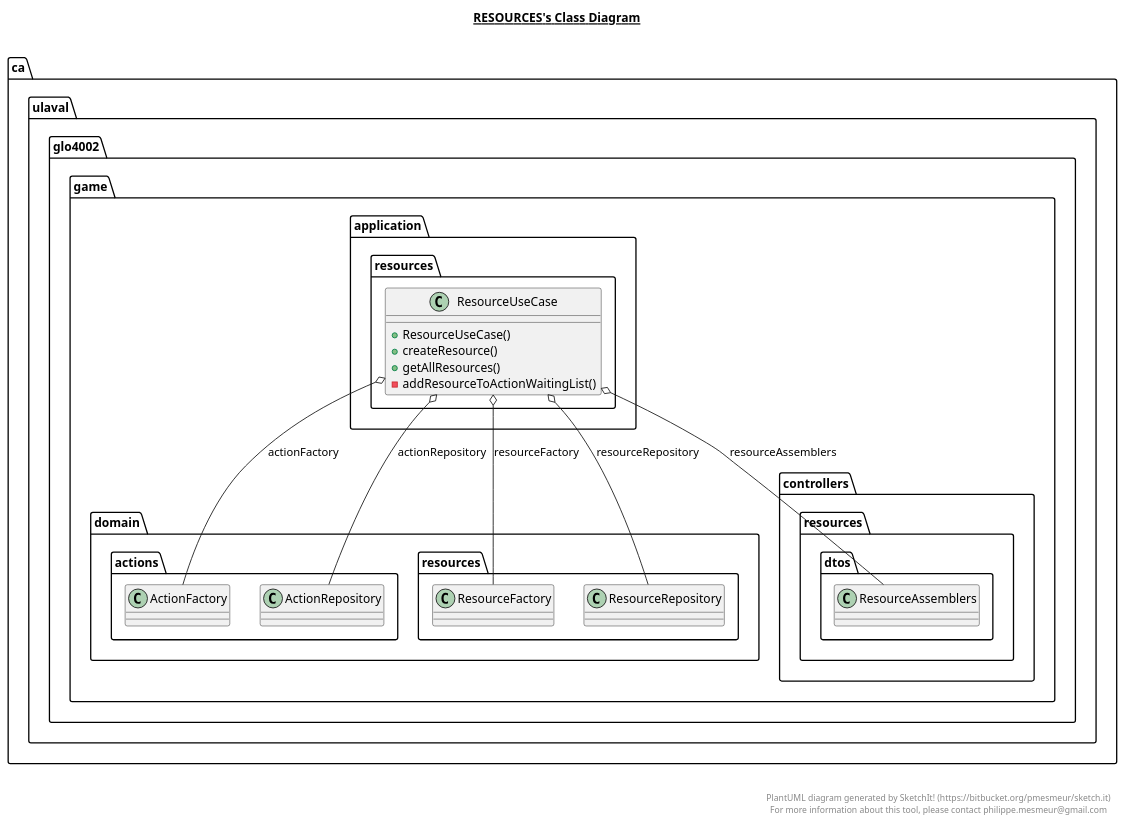
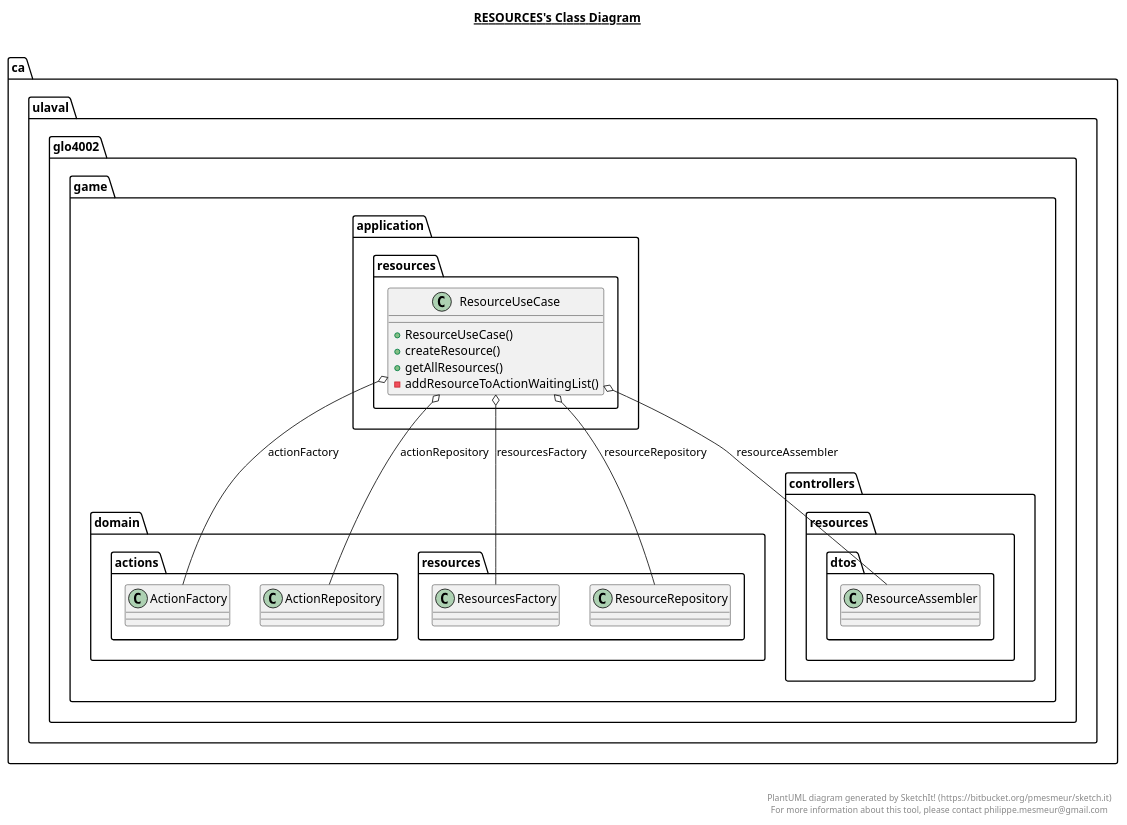
One commit to MALEC321/MEP7 changed the diagram in game-api/src/main/java/ca/ulaval/glo4002/game/application/resources/resources.plantuml. Above: the diagram before and after it, drawn with PlantUML. The commit also changed 12 other files, not shown here.

```diff
--- a/game-api/src/main/java/ca/ulaval/glo4002/game/application/resources/resources.plantuml
+++ b/game-api/src/main/java/ca/ulaval/glo4002/game/application/resources/resources.plantuml
@@ -1,31 +1,31 @@
 @startuml
 
 title __RESOURCES's Class Diagram__\n
 
     namespace ca.ulaval.glo4002.game {
       namespace application.resources {
         class ca.ulaval.glo4002.game.application.resources.ResourceUseCase {
             + ResourceUseCase()
             + createResource()
             + getAllResources()
             - addResourceToActionWaitingList()
         }
       }
     }
   
 
   ca.ulaval.glo4002.game.application.resources.ResourceUseCase o-- ca.ulaval.glo4002.game.domain.actions.ActionFactory : actionFactory
   ca.ulaval.glo4002.game.application.resources.ResourceUseCase o-- ca.ulaval.glo4002.game.domain.actions.ActionRepository : actionRepository
-  ca.ulaval.glo4002.game.application.resources.ResourceUseCase o-- ca.ulaval.glo4002.game.controllers.resources.dtos.ResourceAssemblers : resourceAssemblers
-  ca.ulaval.glo4002.game.application.resources.ResourceUseCase o-- ca.ulaval.glo4002.game.domain.resources.ResourceFactory : resourceFactory
+  ca.ulaval.glo4002.game.application.resources.ResourceUseCase o-- ca.ulaval.glo4002.game.controllers.resources.dtos.ResourceAssembler : resourceAssembler
+  ca.ulaval.glo4002.game.application.resources.ResourceUseCase o-- ca.ulaval.glo4002.game.domain.resources.ResourcesFactory : resourcesFactory
   ca.ulaval.glo4002.game.application.resources.ResourceUseCase o-- ca.ulaval.glo4002.game.domain.resources.ResourceRepository : resourceRepository
 
 
 right footer
 
 
 PlantUML diagram generated by SketchIt! (https://bitbucket.org/pmesmeur/sketch.it)
 For more information about this tool, please contact philippe.mesmeur@gmail.com
 endfooter
 
 @enduml
```
